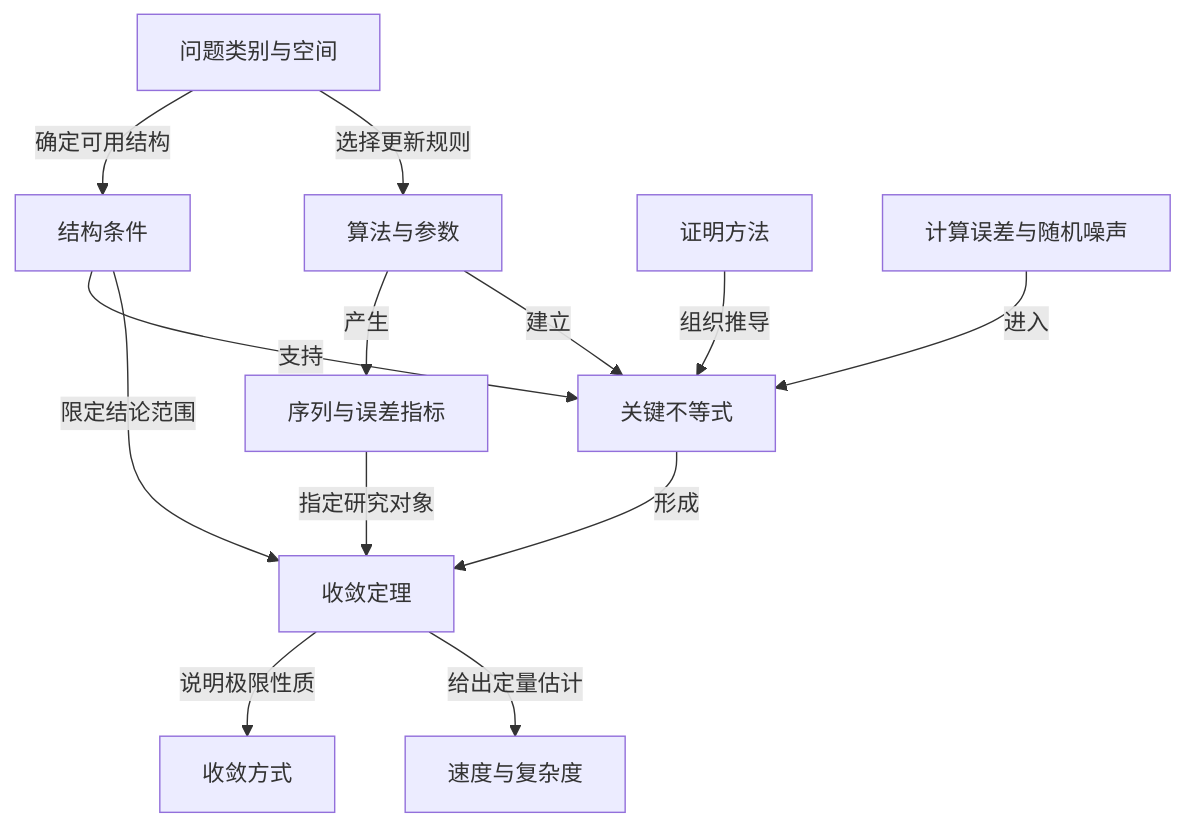
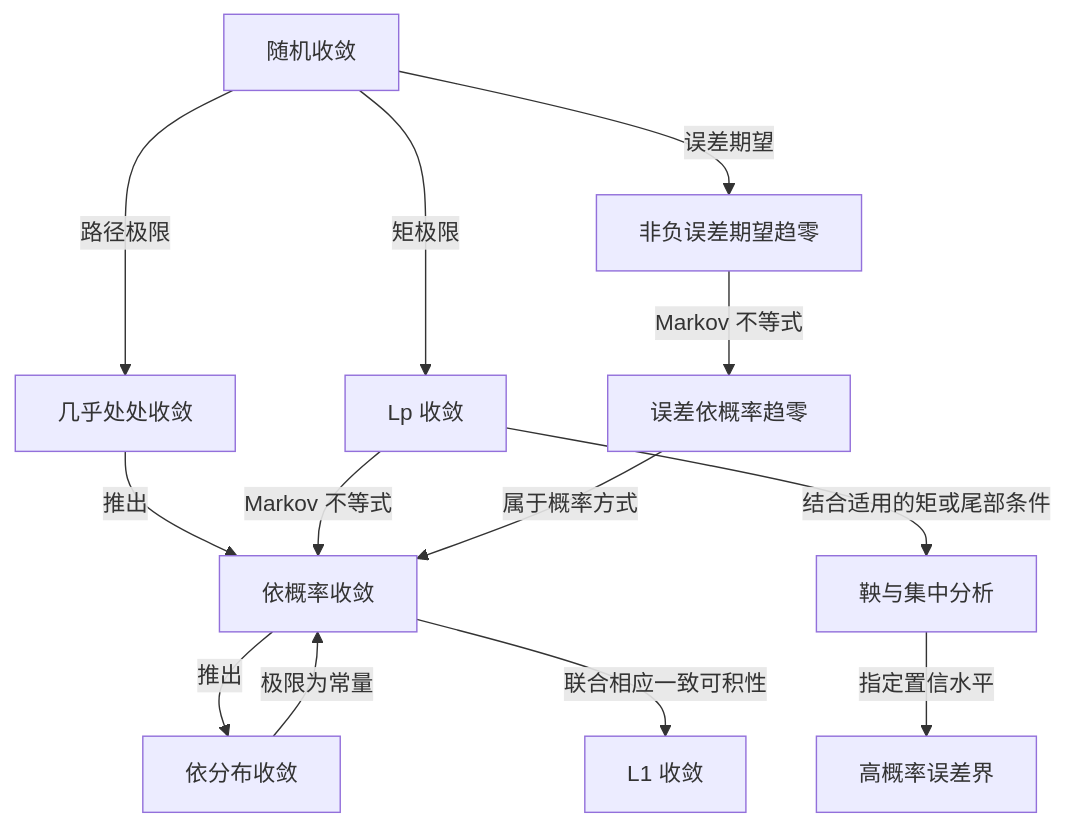
Before and after one commit to ConanXu-math/conanxu-math.github.io: the sixth of 32 diagrams in _posts/2026-11-14-optimization-convergence-map.zh-CN.md, drawn with Mermaid. The commit also changed other lines of this file and 1 other file, not shown here.

````diff
--- a/_posts/2026-11-14-optimization-convergence-map.zh-CN.md
+++ b/_posts/2026-11-14-optimization-convergence-map.zh-CN.md
@@ -28,15 +1945,15 @@
 ```mermaid
 flowchart TD
-  P["问题类别与空间"] -->|确定可用结构| C["结构条件"]
-  P -->|选择更新规则| A["算法与参数"]
-  A -->|产生| O["序列与误差指标"]
-  A -->|建立| I["关键不等式"]
-  C -->|支持| I
-  M["证明方法"] -->|组织推导| I
-  N["计算误差与随机噪声"] -->|进入| I
-  I -->|形成| T["收敛定理"]
-  O -->|指定研究对象| T
-  T -->|说明极限性质| W["收敛方式"]
-  T -->|给出定量估计| R["速度与复杂度"]
-  C -->|限定结论范围| T
+  map_probability["随机收敛"] -->|路径极限| prob_as["几乎处处收敛"]
+  map_probability -->|矩极限| prob_lp["Lp 收敛"]
+  map_probability -->|误差期望| prob_expectation["非负误差期望趋零"]
+  prob_as -->|推出| prob_probability["依概率收敛"]
+  prob_lp -->|Markov 不等式| prob_probability
+  prob_expectation -->|Markov 不等式| prob_error_probability["误差依概率趋零"]
+  prob_probability -->|推出| prob_distribution["依分布收敛"]
+  prob_distribution -->|极限为常量| prob_probability
+  prob_probability -->|联合相应一致可积性| prob_l1["L1 收敛"]
+  prob_error_probability -->|属于概率方式| prob_probability
+  prob_lp -->|结合适用的矩或尾部条件| method_concentration["鞅与集中分析"]
+  method_concentration -->|指定置信水平| prob_high["高概率误差界"]
 ```
````
